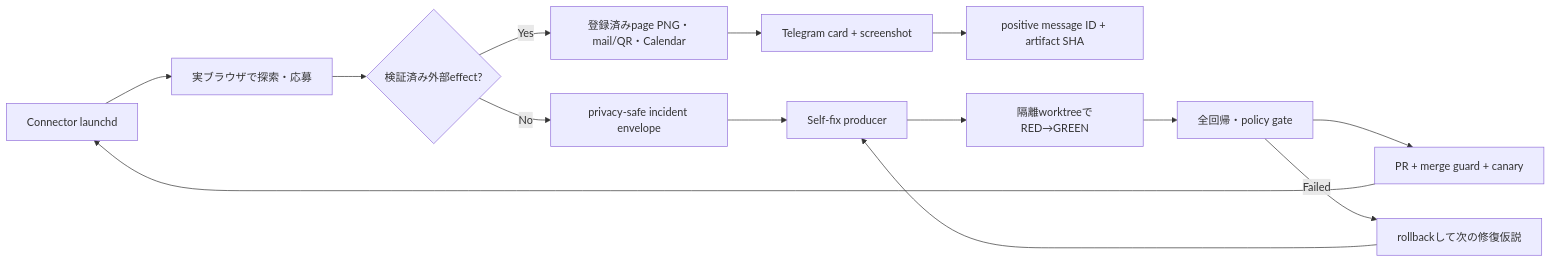
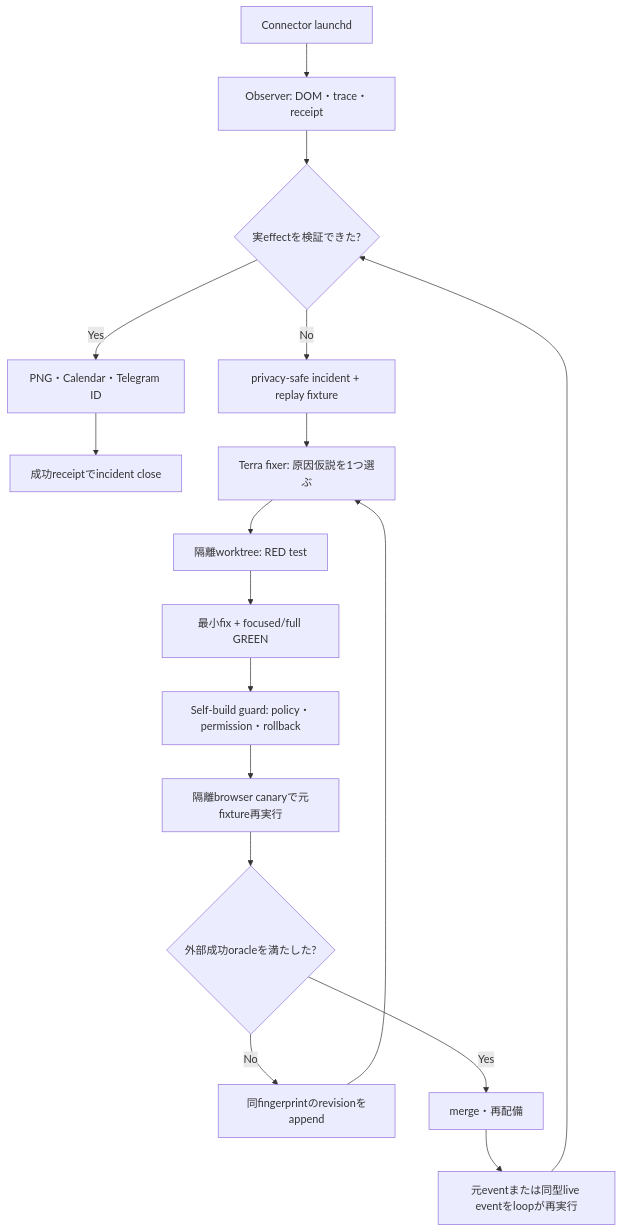
The second of 6 diagrams in docs/superpowers/specs/2026-08-01-dais-life-manager-five-phase-execution-spec.md (Daisuke134/anicca), drawn with Mermaid before and after one commit. The commit also changed other lines of this file, not shown here.

Commit message:
docs(connector): define autonomous repair revisions

````diff
--- a/docs/superpowers/specs/2026-08-01-dais-life-manager-five-phase-execution-spec.md
+++ b/docs/superpowers/specs/2026-08-01-dais-life-manager-five-phase-execution-spec.md
@@ -2502,16 +2502,19 @@
 ```mermaid
-flowchart LR
-    A[Connector launchd] --> B[実ブラウザで探索・応募]
-    B --> C{検証済み外部effect?}
-    C -- Yes --> D[登録済みpage PNG・mail/QR・Calendar]
-    D --> E[Telegram card + screenshot]
-    E --> F[positive message ID + artifact SHA]
-    C -- No --> G[privacy-safe incident envelope]
-    G --> H[Self-fix producer]
-    H --> I[隔離worktreeでRED→GREEN]
-    I --> J[全回帰・policy gate]
-    J --> K[PR + merge guard + canary]
-    K --> A
-    J -- Failed --> L[rollbackして次の修復仮説]
-    L --> H
+flowchart TD
+    A[Connector launchd] --> B[Observer: DOM・trace・receipt]
+    B --> C{実effectを検証できた?}
+    C -- Yes --> D[PNG・Calendar・Telegram ID]
+    D --> E[成功receiptでincident close]
+    C -- No --> F[privacy-safe incident + replay fixture]
+    F --> G[Terra fixer: 原因仮説を1つ選ぶ]
+    G --> H[隔離worktree: RED test]
+    H --> I[最小fix + focused/full GREEN]
+    I --> J[Self-build guard: policy・permission・rollback]
+    J --> K[隔離browser canaryで元fixture再実行]
+    K --> L{外部成功oracleを満たした?}
+    L -- No --> M[同fingerprintのrevisionをappend]
+    M --> G
+    L -- Yes --> N[merge・再配備]
+    N --> O[元eventまたは同型live eventをloopが再実行]
+    O --> C
 ```
````
